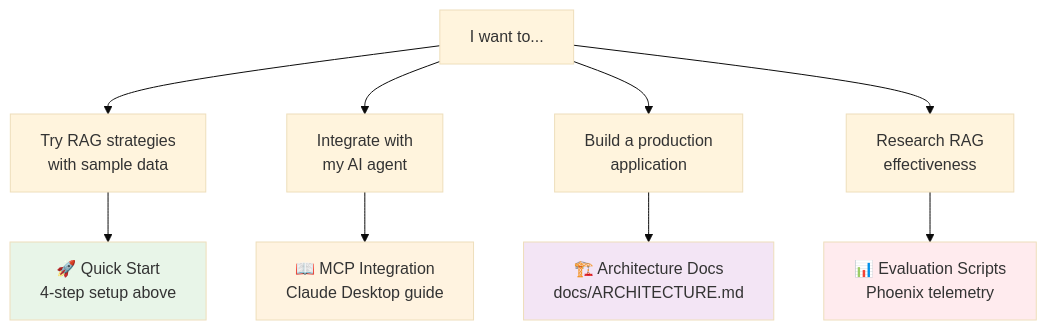
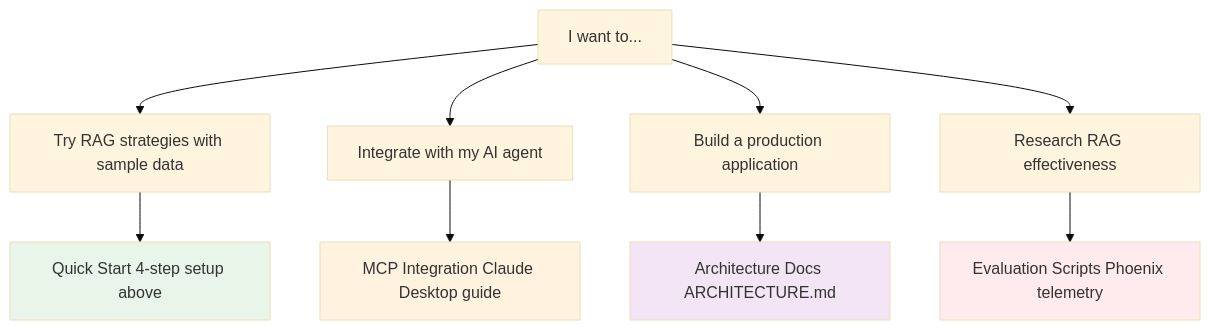
Before and after one commit to donbr/adv-rag: the seventh of 7 diagrams in README.md, drawn with Mermaid (base theme). The commit also changed other lines of this file, not shown here.

Commit message:
diagram fixes

````diff
--- a/README.md
+++ b/README.md
@@ -667,17 +667,17 @@
 ```mermaid
 flowchart TD
-    A[I want to...] --> B[Try RAG strategies<br/>with sample data]
-    A --> C[Integrate with<br/>my AI agent]
-    A --> D[Build a production<br/>application]
-    A --> E[Research RAG<br/>effectiveness]
+    A[I want to...] --> B[Try RAG strategies with sample data]
+    A --> C[Integrate with my AI agent]
+    A --> D[Build a production application]
+    A --> E[Research RAG effectiveness]
     
-    B --> F[🚀 Quick Start<br/>4-step setup above]
-    C --> G[📖 MCP Integration<br/>Claude Desktop guide]
-    D --> H[🏗️ Architecture Docs<br/>docs/ARCHITECTURE.md]
-    E --> I[📊 Evaluation Scripts<br/>Phoenix telemetry]
+    B --> F[Quick Start 4-step setup above]
+    C --> G[MCP Integration Claude Desktop guide]
+    D --> H[Architecture Docs ARCHITECTURE.md]
+    E --> I[Evaluation Scripts Phoenix telemetry]
     
     style F fill:#e8f5e8
     style G fill:#fff3e0
     style H fill:#f3e5f5
     style I fill:#ffebee
 ```
````
